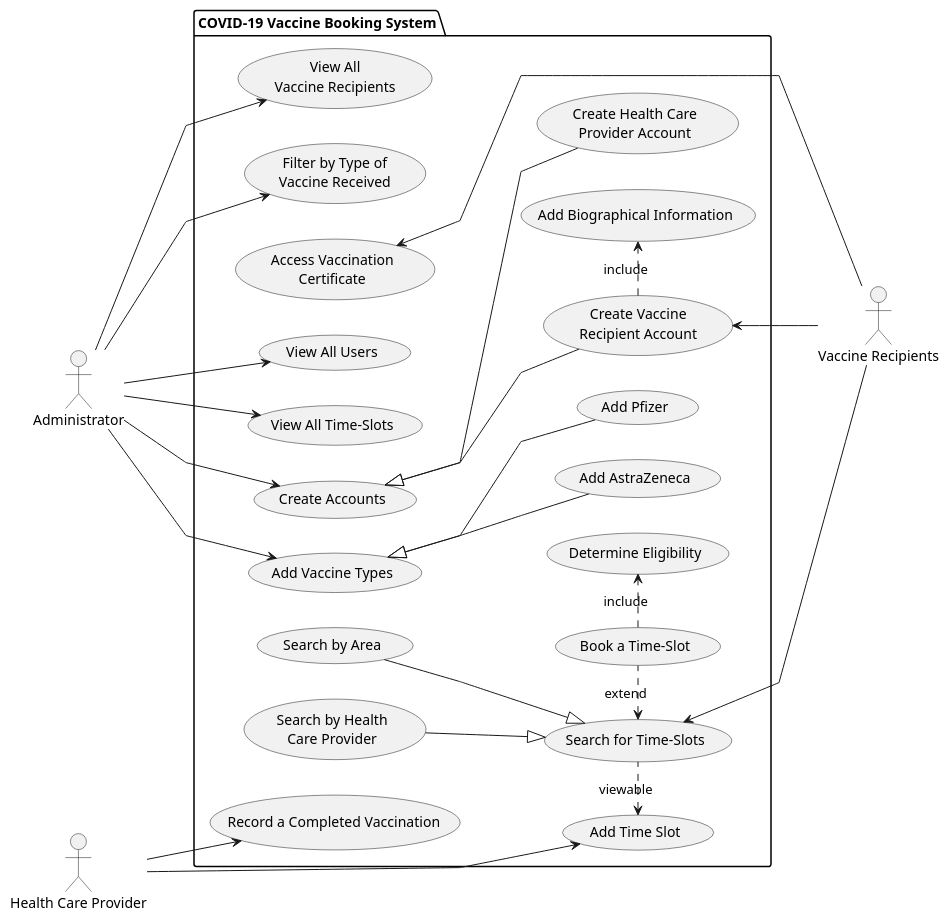
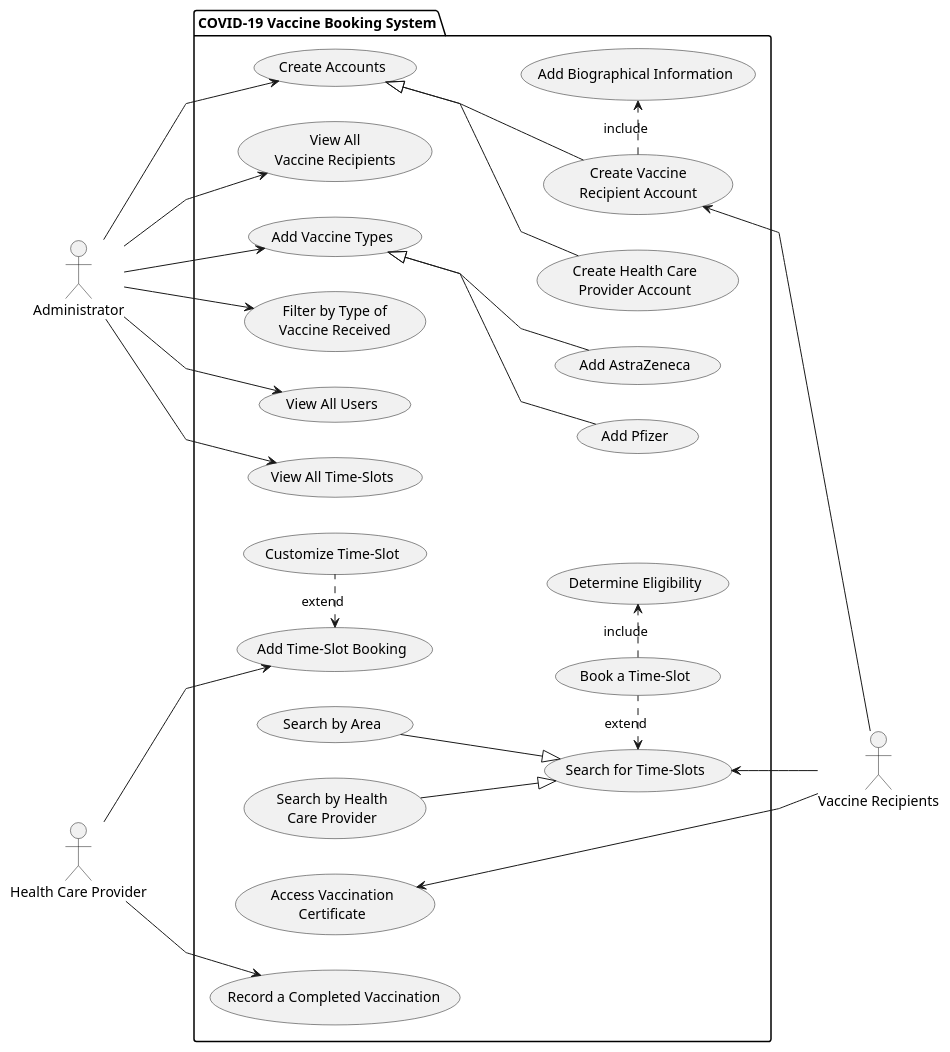
Before and after one commit to SWEN900072021/Covid19BookingSystem: the diagram in docs/part1/UseCaseDiagram.puml, drawn with PlantUML.

Commit message:
uoaewhfaw

```diff
--- a/docs/part1/UseCaseDiagram.puml
+++ b/docs/part1/UseCaseDiagram.puml
@@ -1,70 +1,71 @@
 @startuml
 'https://plantuml.com/use-case-diagram
 
 left to right direction
 
 actor :Administrator: as Admin
 actor :Vaccine Recipients:  as VR
 actor :Health Care Provider: as HCP
 
 skinparam linetype polyline
 
 package "COVID-19 Vaccine Booking System" {
     usecase (Create Accounts) as (CA)
     usecase (Add Vaccine Types) as (AVT)
     usecase (Add AstraZeneca) as (AZ)
     usecase (Add Pfizer) as (Pfizer)
     usecase (View All Users) as (VAU)
     usecase (View All Time-Slots) as (VATS)
     usecase (View All\nVaccine Recipients) as (VAVR)
     usecase (Filter by Type of\nVaccine Received) as (FTVR)
     usecase (Add Biographical Information) as (ABR)
     usecase (Search for Time-Slots) as (STS)
     usecase (Search by Area) as (SA)
     usecase (Search by Health\nCare Provider) as (SHCA)
     usecase (Create Vaccine\nRecipient Account) as (CVRA)
     usecase (Create Health Care\nProvider Account) as (CHRA)
     usecase (Book a Time-Slot) as (BTS)
     usecase (Determine Eligibility) as (DE)
     usecase (Access Vaccination\nCertificate) as (AVC)
-    usecase (Add Time Slot) as (ATS)
+    usecase (Add Time-Slot Booking) as (ATS)
     usecase (Record a Completed Vaccination) as (RCV)
+    usecase (Customize Time-Slot) as (CTS)
 }
 
 Admin --> (AVT)
 Admin --> (VAU)
 Admin --> (VATS)
 Admin --> (VAVR)
 Admin --> (FTVR)
 Admin --> (CA)
 (STS) <-- VR
 (CVRA) <-- VR
 (AVC) <-- VR
 '(BTS) <-- VR
 
 (AVT) <|-- (AZ)
 (AVT) <|-- (Pfizer)
 (CA) <|-- (CVRA)
 (CA) <|-- (CHRA)
 (SA) --|> (STS)
 (SHCA) --|> (STS)
 
 (STS) <. (BTS) : extend
 (BTS) .> (DE) : include
 (CVRA) .> (ABR) : include
 'note right of Admin : This is an example.
 
-(ATS) <. (STS) : viewable
+(ATS) <. (CTS) : extend
 HCP --> (ATS)
 HCP --> (RCV)
 
 
 'note right of (Use)
 'A note can also
 'be on several lines
 'end note
 
 'note "This note is connected\nto several objects." as N2
 '(Start) .. N2
 'N2 .. (Use)
 @enduml
```
